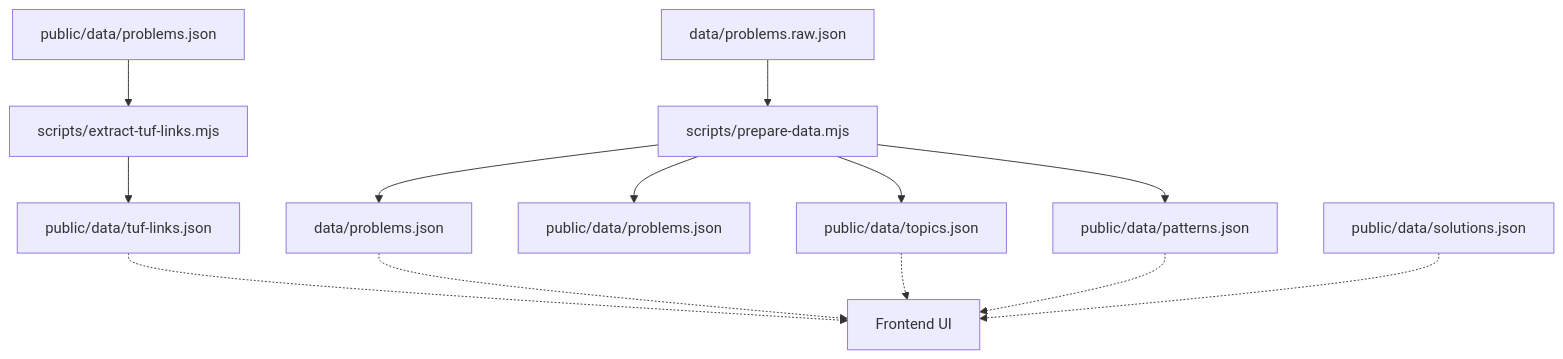
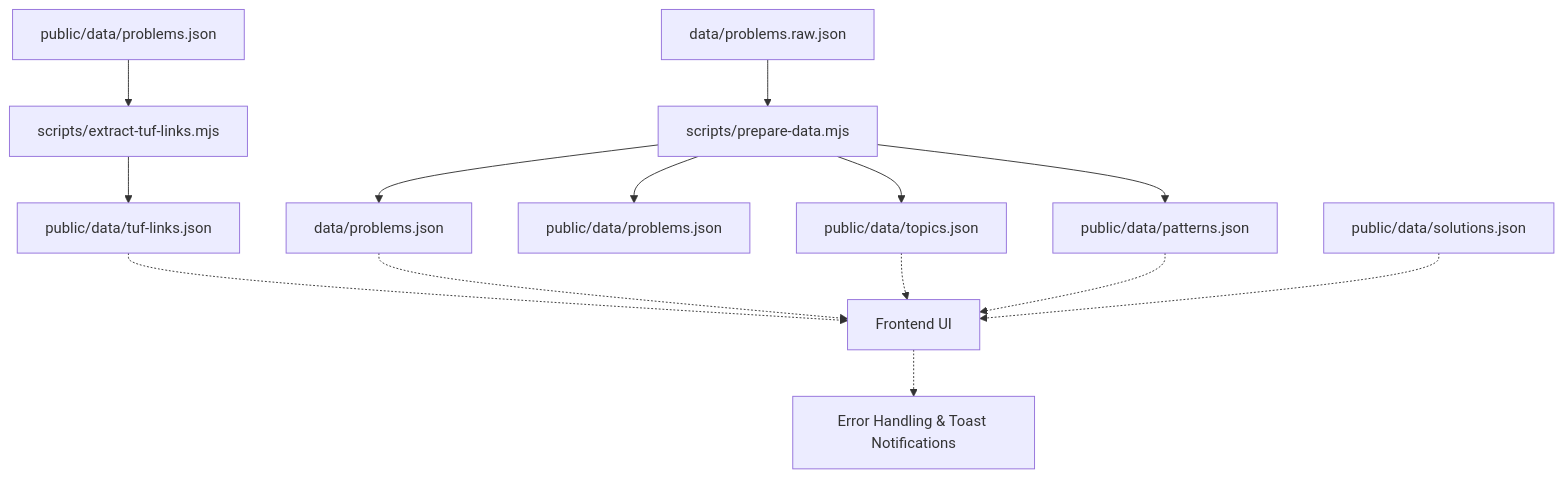
The first of 5 diagrams in .qoder/repowiki/en/content/Data Management/Static Data Assets.md (iamrituraj/DSA-Tracker), drawn with Mermaid before and after one commit. The commit also changed other lines of this file and 42 other files, not shown here.

````diff
--- a/.qoder/repowiki/en/content/Data Management/Static Data Assets.md
+++ b/.qoder/repowiki/en/content/Data Management/Static Data Assets.md
@@ -41,15 +51,16 @@
 ```mermaid
 graph TB
 A["data/problems.raw.json"] --> B["scripts/prepare-data.mjs"]
 B --> C["data/problems.json"]
 B --> D["public/data/problems.json"]
 B --> E["public/data/topics.json"]
 B --> F["public/data/patterns.json"]
 G["public/data/problems.json"] --> H["scripts/extract-tuf-links.mjs"]
 H --> I["public/data/tuf-links.json"]
 J["public/data/solutions.json"] -.-> K["Frontend UI"]
 I -.-> K
 C -.-> K
 E -.-> K
 F -.-> K
+K -.-> L["Error Handling & Toast Notifications"]
 ```
````
